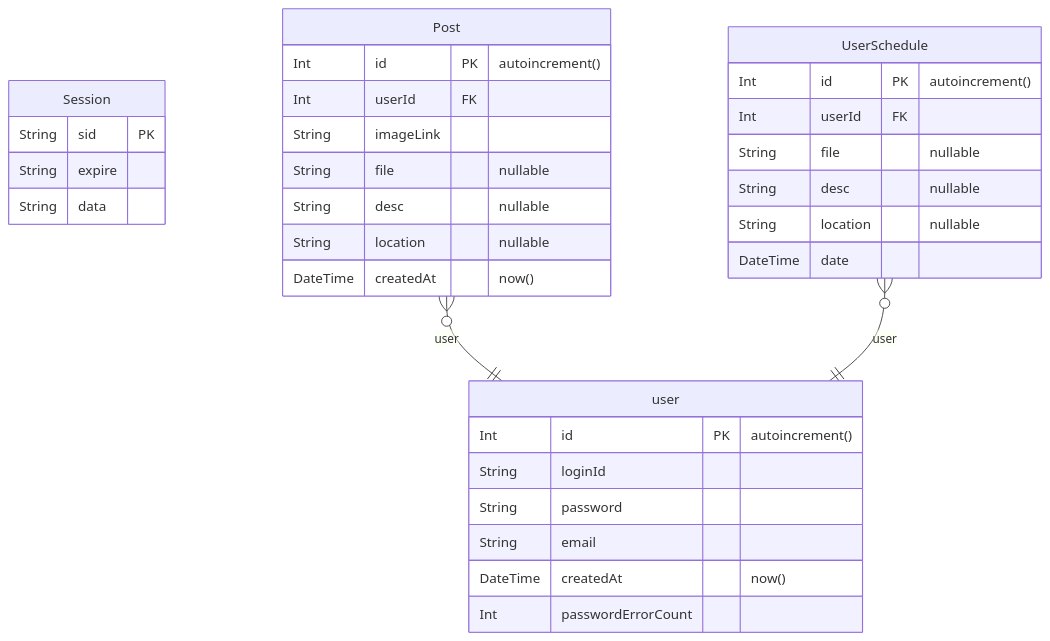
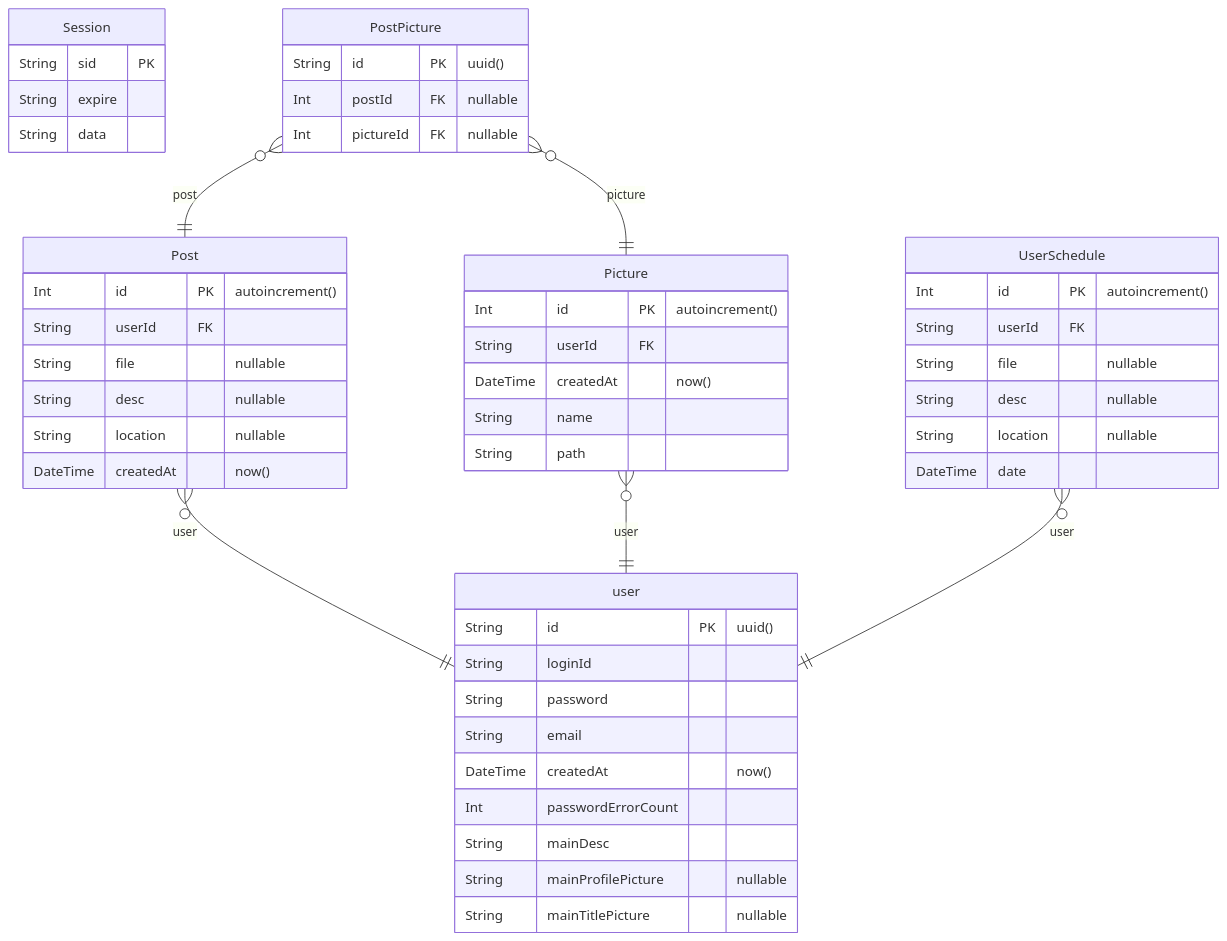
The diagram in prisma/ERD.md (LuticaCANARD/Lutica_KNUT_Web_final), drawn with Mermaid before and after one commit. The commit also changed 14 other files, not shown here.

````diff
--- a/prisma/ERD.md
+++ b/prisma/ERD.md
@@ -1,36 +1,53 @@
 ```mermaid
 erDiagram
 	Session {
 		String sid PK
 		String expire
 		String data
 	}
 	user {
-		Int id PK  "autoincrement()"
+		String id PK  "uuid()"
 		String loginId
 		String password
 		String email
 		DateTime createdAt  "now()"
 		Int passwordErrorCount
+		String mainDesc
+		String mainProfilePicture  "nullable"
+		String mainTitlePicture  "nullable"
 	}
 	Post {
 		Int id PK  "autoincrement()"
-		Int userId FK
-		String imageLink
+		String userId FK
 		String file  "nullable"
 		String desc  "nullable"
 		String location  "nullable"
 		DateTime createdAt  "now()"
 	}
+	Picture {
+		Int id PK  "autoincrement()"
+		String userId FK
+		DateTime createdAt  "now()"
+		String name
+		String path
+	}
+	PostPicture {
+		String id PK  "uuid()"
+		Int postId FK  "nullable"
+		Int pictureId FK  "nullable"
+	}
 	UserSchedule {
 		Int id PK  "autoincrement()"
-		Int userId FK
+		String userId FK
 		String file  "nullable"
 		String desc  "nullable"
 		String location  "nullable"
 		DateTime date
 	}
 	Post }o--|| user : user
+	Picture }o--|| user : user
+	PostPicture }o--|| Post : post
+	PostPicture }o--|| Picture : picture
 	UserSchedule }o--|| user : user
 
 ```
````
